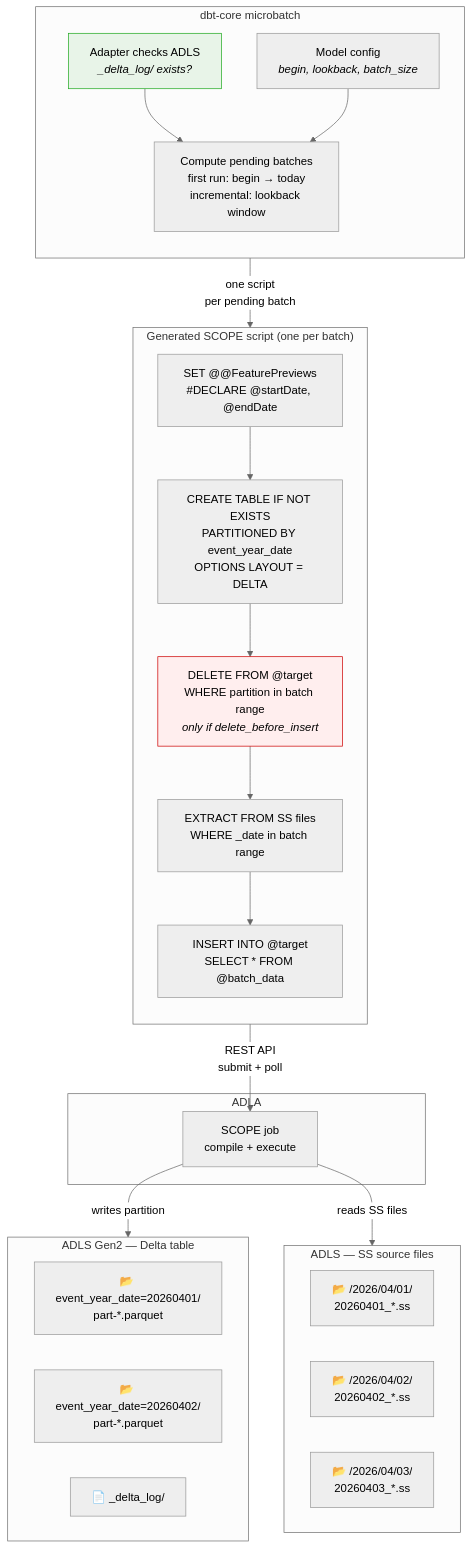
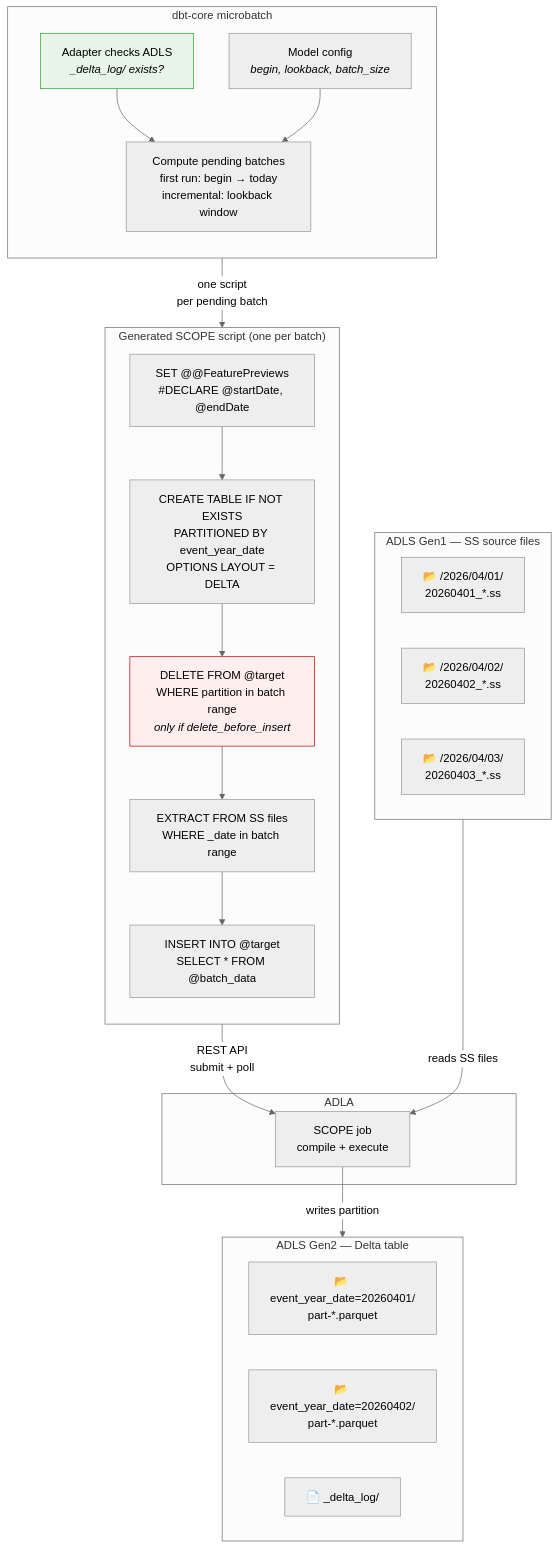
The diagram in README.md (microsoft/dbt-scope), drawn with Mermaid (neutral theme) before and after one commit.

````diff
--- a/README.md
+++ b/README.md
@@ -58,47 +58,47 @@
 ```mermaid
 flowchart TB
-    subgraph Sources["ADLS — SS source files"]
+    subgraph Sources["ADLS Gen1 — SS source files"]
         direction LR
         SS1["📂 /2026/04/01/<br/>20260401_*.ss"]
         SS2["📂 /2026/04/02/<br/>20260402_*.ss"]
         SS3["📂 /2026/04/03/<br/>20260403_*.ss"]
     end
 
     subgraph dbt["dbt-core microbatch"]
         direction TB
         Detect["Adapter checks ADLS<br/><i>_delta_log/ exists?</i>"]
         Config["Model config<br/><i>begin, lookback, batch_size</i>"]
         BatchCalc["Compute pending batches<br/>first run: begin → today<br/>incremental: lookback window"]
         Detect --> BatchCalc
         Config --> BatchCalc
     end
 
     subgraph Batch["Generated SCOPE script (one per batch)"]
         direction TB
         S1["SET @@FeaturePreviews<br/>#DECLARE @startDate, @endDate"]
         DDL["CREATE TABLE IF NOT EXISTS<br/>PARTITIONED BY event_year_date<br/>OPTIONS LAYOUT = DELTA"]
         DEL["DELETE FROM @target<br/>WHERE partition in batch range<br/><i>only if delete_before_insert</i>"]
         EXT["EXTRACT FROM SS files<br/>WHERE _date in batch range"]
         INS["INSERT INTO @target<br/>SELECT * FROM @batch_data"]
         S1 --> DDL --> DEL --> EXT --> INS
     end
 
     subgraph ADLA["ADLA"]
         Job["SCOPE job<br/>compile + execute"]
     end
 
     subgraph Target["ADLS Gen2 — Delta table"]
         direction LR
         P1["📂 event_year_date=20260401/<br/>part-*.parquet"]
         P2["📂 event_year_date=20260402/<br/>part-*.parquet"]
         DL["📄 _delta_log/"]
     end
 
     BatchCalc -- "one script<br/>per pending batch" --> Batch
     INS -- "REST API<br/>submit + poll" --> Job
-    Job -- "reads SS files" --> SS1
+    SS1 -- "reads SS files" --> Job
     Job -- "writes partition" --> P1
 
     style DEL fill:#fee,stroke:#c00
     style Detect fill:#e8f4e8,stroke:#2a2
 ```
````
